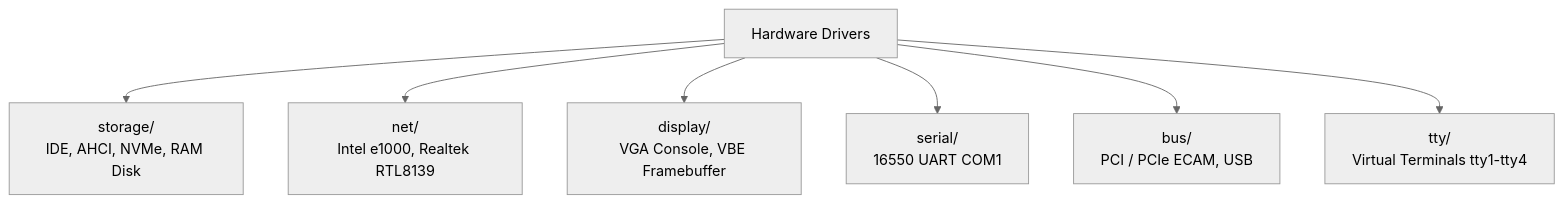
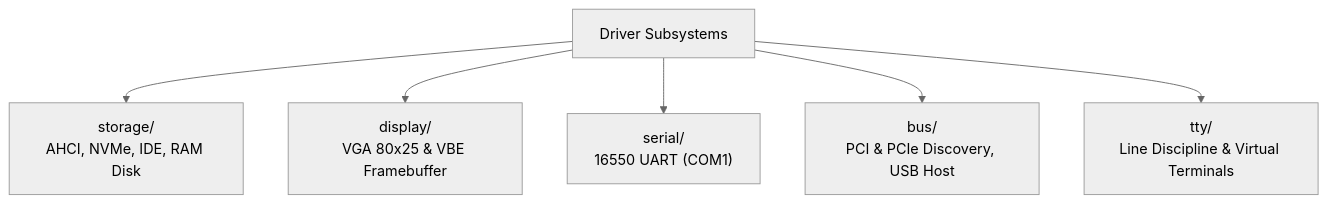
One commit to mrvlous/keira changed the diagram in docs/drivers/README.md. Above: the diagram before and after it, drawn with Mermaid (neutral theme). The commit also changed other lines of this file and 21 other files, not shown here.

Commit message:
docs(drivers): modularize storage, display, serial, bus and tty driver documentation

````diff
--- a/docs/drivers/README.md
+++ b/docs/drivers/README.md
@@ -11,9 +11,8 @@
 ```mermaid
 graph TD
-    Drivers["Hardware Drivers"] --> Storage["storage/<br/>IDE, AHCI, NVMe, RAM Disk"]
-    Drivers --> Net["net/<br/>Intel e1000, Realtek RTL8139"]
-    Drivers --> Display["display/<br/>VGA Console, VBE Framebuffer"]
-    Drivers --> Serial["serial/<br/>16550 UART COM1"]
-    Drivers --> Bus["bus/<br/>PCI / PCIe ECAM, USB"]
-    Drivers --> TTY["tty/<br/>Virtual Terminals tty1-tty4"]
+    Drivers["Driver Subsystems"] --> Storage["storage/<br/>AHCI, NVMe, IDE, RAM Disk"]
+    Drivers --> Display["display/<br/>VGA 80x25 & VBE Framebuffer"]
+    Drivers --> Serial["serial/<br/>16550 UART (COM1)"]
+    Drivers --> Bus["bus/<br/>PCI & PCIe Discovery, USB Host"]
+    Drivers --> TTY["tty/<br/>Line Discipline & Virtual Terminals"]
 ```
````
